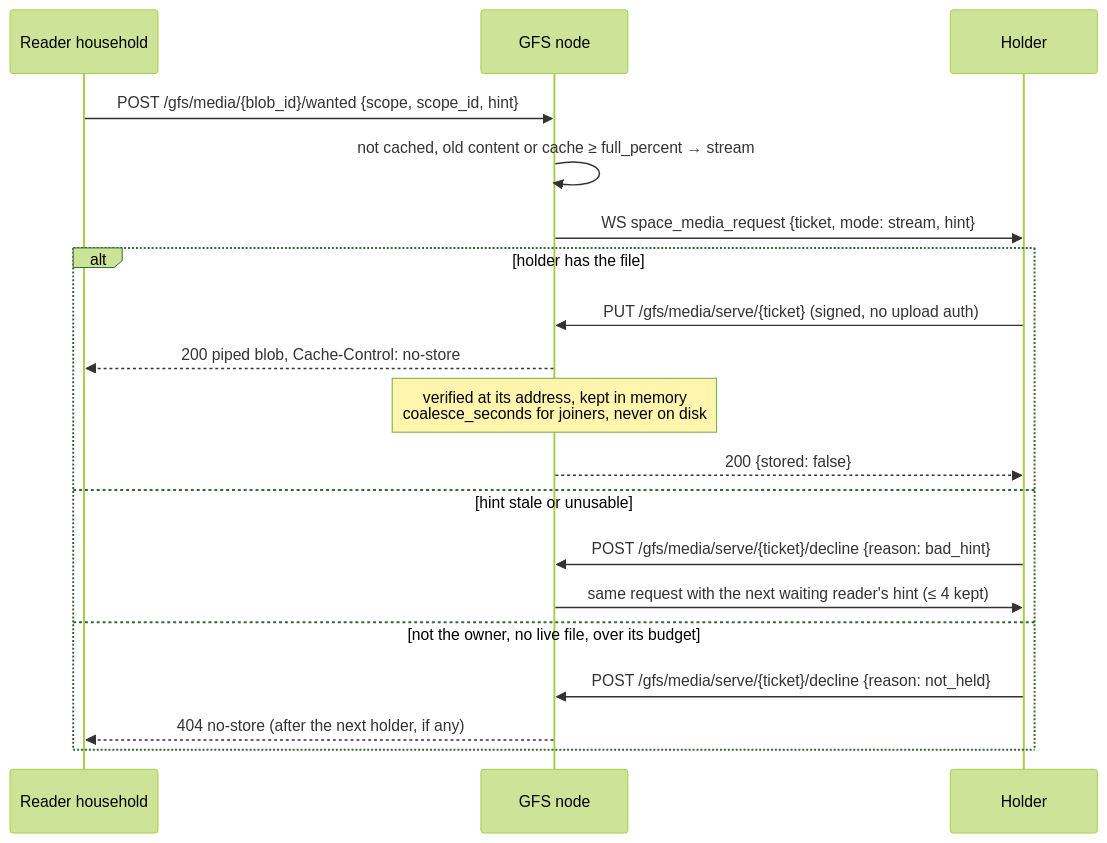
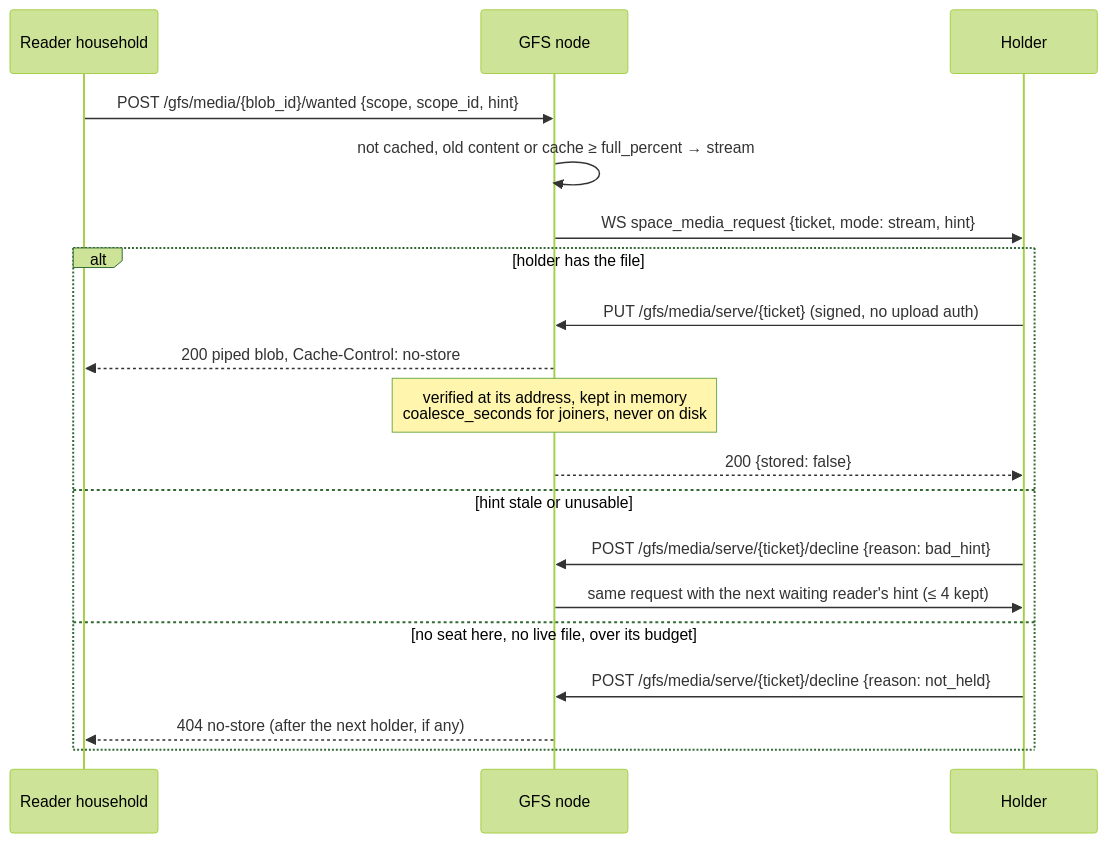
Before and after one commit to social-home-io/socialhome: the fifth of 5 diagrams in docs/protocol/media.md, drawn with Mermaid (forest theme). The commit also changed other lines of this file and 447 other files, not shown here.

````diff
--- a/docs/protocol/media.md
+++ b/docs/protocol/media.md
@@ -1195,21 +1193,21 @@
 ```mermaid
 sequenceDiagram
     participant R as Reader household
     participant G as GFS node
     participant H as Holder
     R->>G: POST /gfs/media/{blob_id}/wanted {scope, scope_id, hint}
     G->>G: not cached, old content or cache ≥ full_percent → stream
     G->>H: WS space_media_request {ticket, mode: stream, hint}
     alt holder has the file
         H->>G: PUT /gfs/media/serve/{ticket} (signed, no upload auth)
         G-->>R: 200 piped blob, Cache-Control: no-store
         Note over G: verified at its address, kept in memory<br/>coalesce_seconds for joiners, never on disk
         G-->>H: 200 {stored: false}
     else hint stale or unusable
         H->>G: POST /gfs/media/serve/{ticket}/decline {reason: bad_hint}
         G->>H: same request with the next waiting reader's hint (≤ 4 kept)
-    else not the owner, no live file, over its budget
+    else no seat here, no live file, over its budget
         H->>G: POST /gfs/media/serve/{ticket}/decline {reason: not_held}
         G-->>R: 404 no-store (after the next holder, if any)
     end
 ```
````
